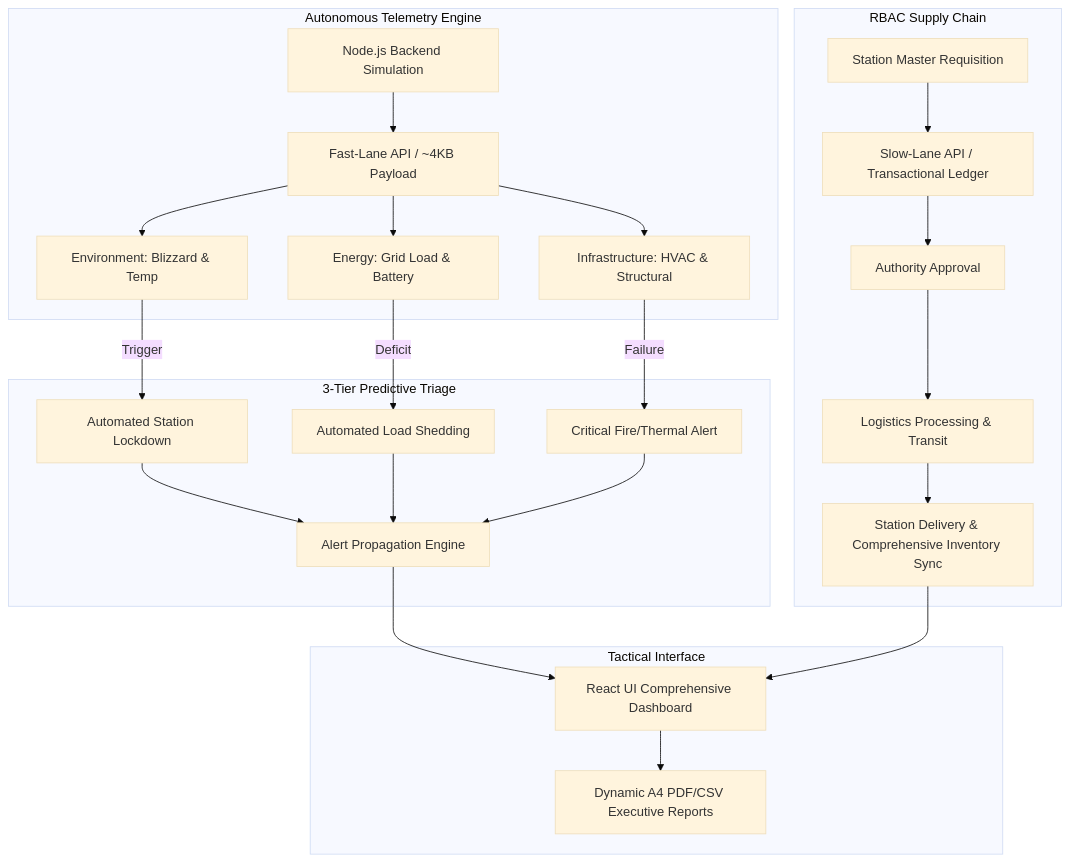
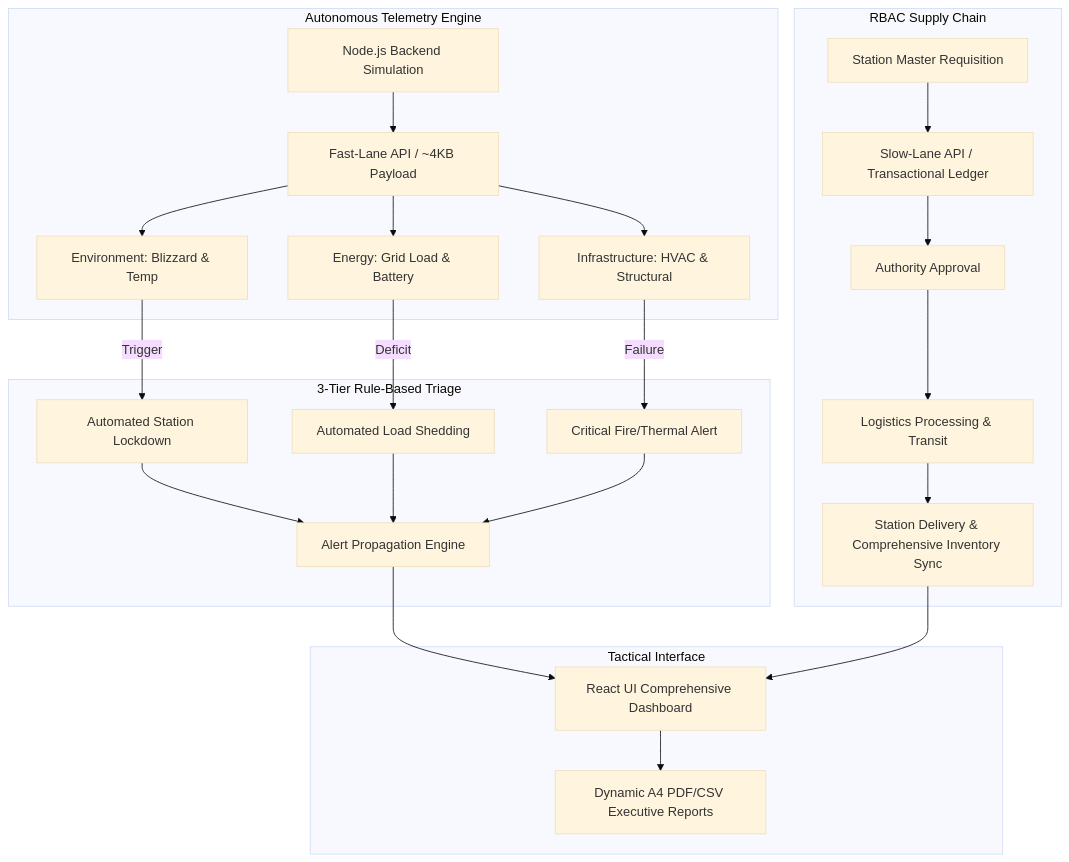
The first of 2 diagrams in README.md (BPPIMTSIH26/SIH26060), drawn with Mermaid (base theme) before and after one commit. The commit also changed other lines of this file, not shown here.

````diff
--- a/README.md
+++ b/README.md
@@ -70,32 +72,32 @@
 ```mermaid
 flowchart TD
     subgraph Simulation [Autonomous Telemetry Engine]
         A[Node.js Backend Simulation] --> B[Fast-Lane API / ~4KB Payload]
         B --> C[Environment: Blizzard & Temp]
         B --> D[Energy: Grid Load & Battery]
         B --> E[Infrastructure: HVAC & Structural]
     end
     
-    subgraph Triage [3-Tier Predictive Triage]
+    subgraph Triage [3-Tier Rule-Based Triage]
         C -->|Trigger| F[Automated Station Lockdown]
         D -->|Deficit| G[Automated Load Shedding]
         E -->|Failure| H[Critical Fire/Thermal Alert]
         
         F --> I[Alert Propagation Engine]
         G --> I
         H --> I
     end
 
     subgraph Workflow [RBAC Supply Chain]
         K[Station Master Requisition] --> S[Slow-Lane API / Transactional Ledger]
         S --> L[Authority Approval]
         L --> M[Logistics Processing & Transit]
         M --> N[Station Delivery & Comprehensive Inventory Sync]
     end
 
     subgraph Command [Tactical Interface]
         I --> J[React UI Comprehensive Dashboard]
         N --> J
         J --> O[Dynamic A4 PDF/CSV Executive Reports]
     end
 ```
````
